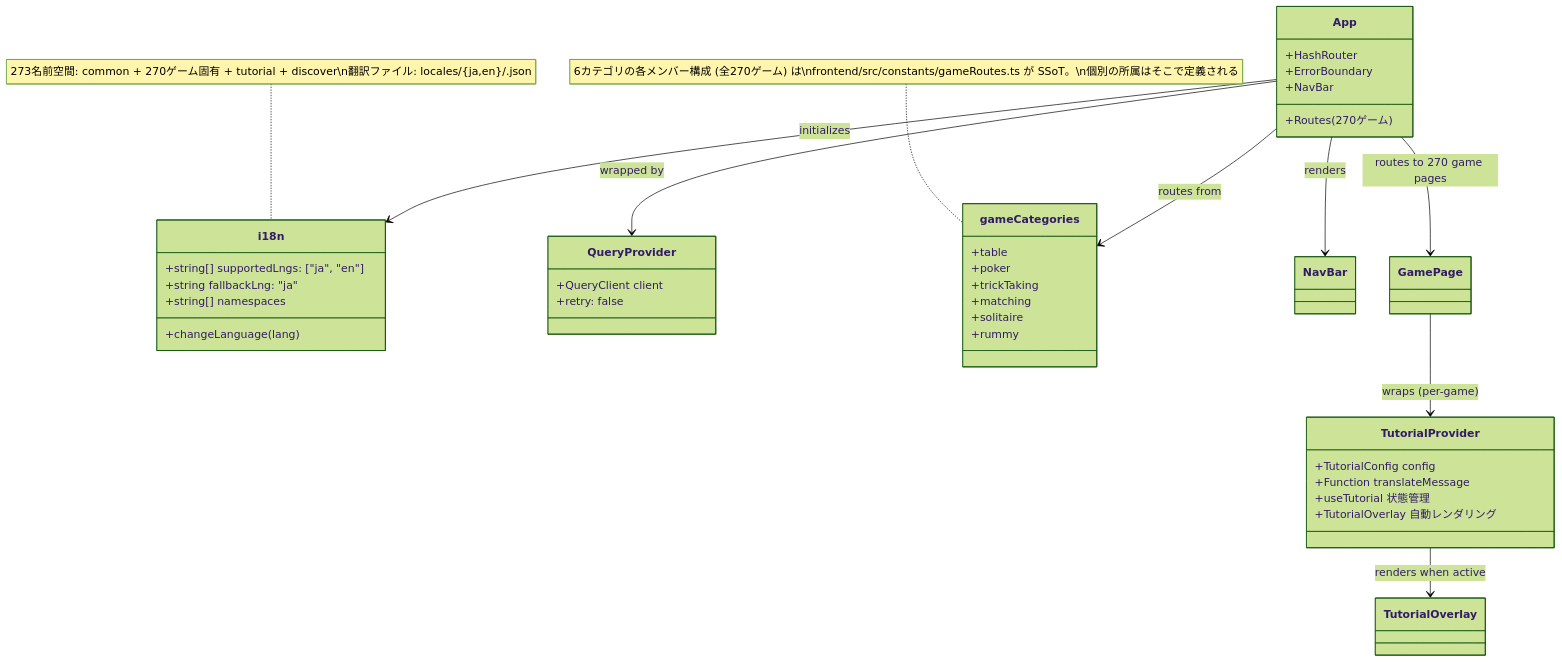
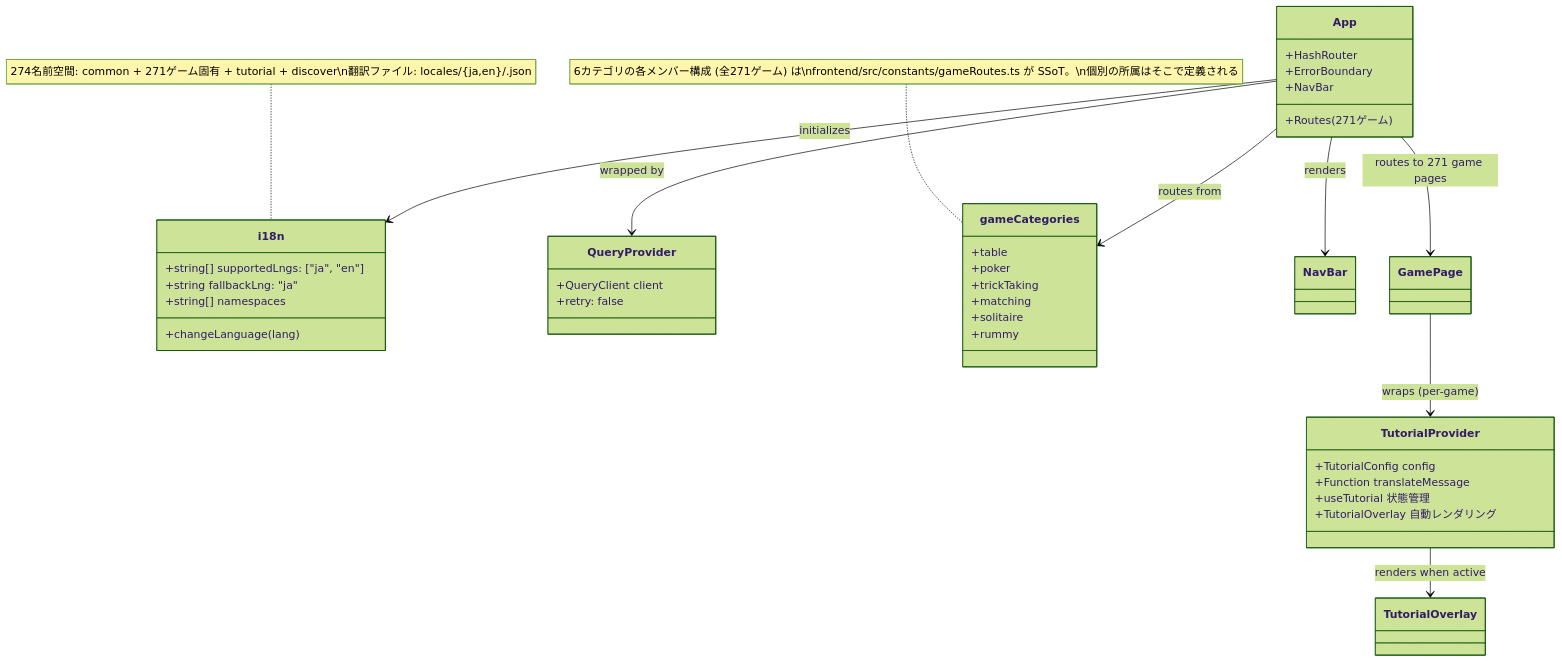
One commit to yuta-yoshinaga/go_trumpcards changed the ninth of 49 diagrams in docs/design/frontend.md. Above: the diagram before and after it, drawn with Mermaid (forest theme). The commit also changed other lines of this file and 60 other files, not shown here.

````diff
--- a/docs/design/frontend.md
+++ b/docs/design/frontend.md
@@ -1869,48 +1869,48 @@
 ```mermaid
 classDiagram
     class i18n {
         +string[] supportedLngs: ["ja", "en"]
         +string fallbackLng: "ja"
         +string[] namespaces
         +changeLanguage(lang)
     }
 
     class QueryProvider {
         +QueryClient client
         +retry: false
     }
 
     class App {
         +HashRouter
         +ErrorBoundary
         +NavBar
-        +Routes (270ゲーム)
+        +Routes (271ゲーム)
     }
 
     class gameCategories {
         +table
         +poker
         +trickTaking
         +matching
         +solitaire
         +rummy
     }
-    note for gameCategories "6カテゴリの各メンバー構成 (全270ゲーム) は\nfrontend/src/constants/gameRoutes.ts が SSoT。\n個別の所属はそこで定義される"
+    note for gameCategories "6カテゴリの各メンバー構成 (全271ゲーム) は\nfrontend/src/constants/gameRoutes.ts が SSoT。\n個別の所属はそこで定義される"
 
     class TutorialProvider {
         +TutorialConfig config
         +Function translateMessage
         +useTutorial 状態管理
         +TutorialOverlay 自動レンダリング
     }
 
     App --> QueryProvider : wrapped by
     App --> i18n : initializes
     App --> gameCategories : routes from
     App --> NavBar : renders
-    App --> GamePage : routes to 270 game pages
+    App --> GamePage : routes to 271 game pages
     GamePage --> TutorialProvider : wraps (per-game)
     TutorialProvider --> TutorialOverlay : renders when active
 
-    note for i18n "273名前空間: common + 270ゲーム固有 + tutorial + discover\n翻訳ファイル: locales/{ja,en}/<game>.json"
+    note for i18n "274名前空間: common + 271ゲーム固有 + tutorial + discover\n翻訳ファイル: locales/{ja,en}/<game>.json"
 ```
````
